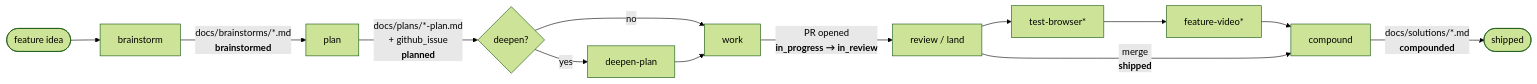
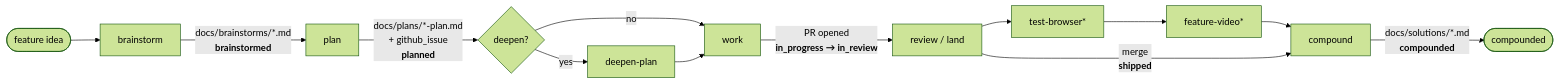
The first of 11 diagrams in plugins/agentic-engineering/FLOWS.md (Life-With-Data/agentic-engineering), drawn with Mermaid (forest theme) before and after one commit. The commit also changed other lines of this file and 22 other files, not shown here.

````diff
--- a/plugins/agentic-engineering/FLOWS.md
+++ b/plugins/agentic-engineering/FLOWS.md
@@ -25,15 +25,15 @@
 ```mermaid
 flowchart LR
     idea([feature idea]) --> B["brainstorm"]
     B -->|"docs/brainstorms/*.md<br/><b>brainstormed</b>"| P["plan"]
     P -->|"docs/plans/*-plan.md<br/>+ github_issue<br/><b>planned</b>"| D{"deepen?"}
     D -->|yes| DP["deepen-plan"]
     D -->|no| W
     DP --> W["work"]
     W -->|"PR opened<br/><b>in_progress → in_review</b>"| R["review / land"]
     R --> TB["test-browser*"]
     TB --> FV["feature-video*"]
     FV --> C["compound"]
     R -->|"merge<br/><b>shipped</b>"| C
-    C -->|"docs/solutions/*.md<br/><b>compounded</b>"| done([shipped])
+    C -->|"docs/solutions/*.md<br/><b>compounded</b>"| done([compounded])
 ```
````
